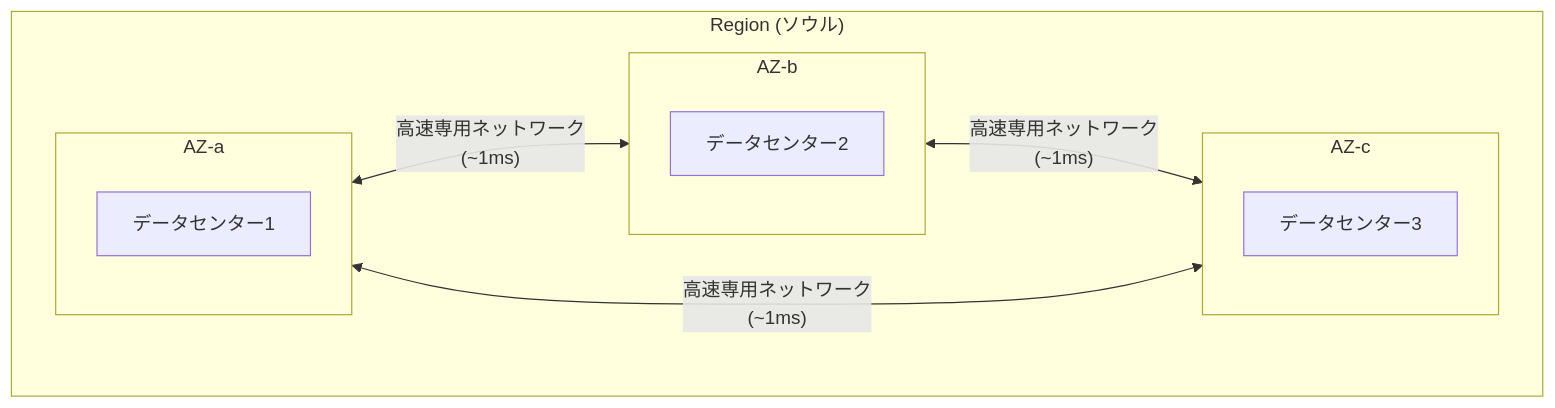
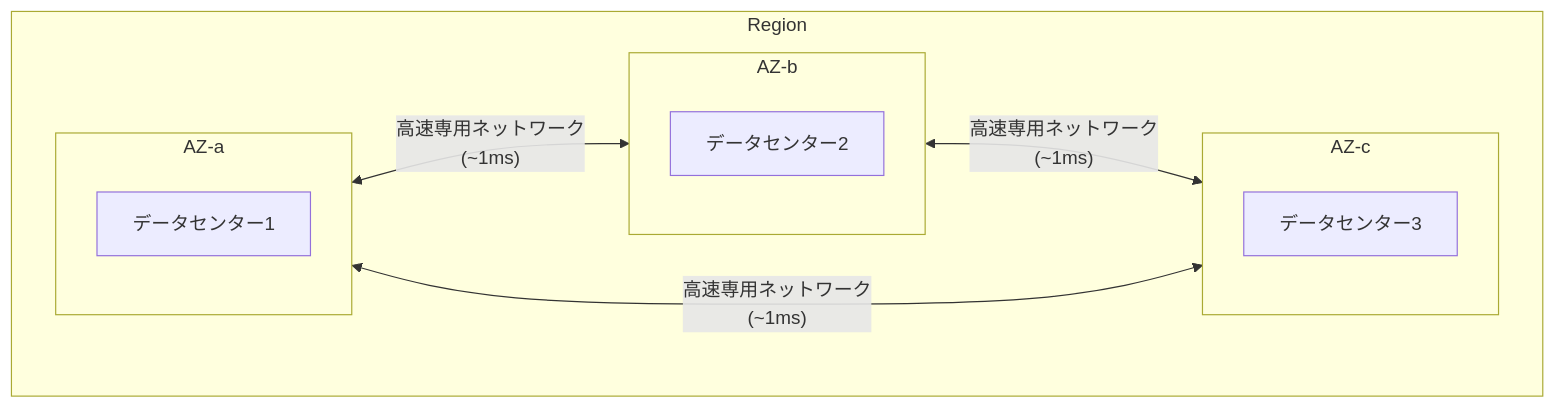
One commit to cloudpickr/cloudpick-docs changed the diagram in starlight/src/content/docs/ja/about-cloud/regions-and-zones.md. Above: the diagram before and after it, drawn with Mermaid. The commit also changed other lines of this file and 15 other files, not shown here.

````diff
--- a/starlight/src/content/docs/ja/about-cloud/regions-and-zones.md
+++ b/starlight/src/content/docs/ja/about-cloud/regions-and-zones.md
@@ -24,17 +24,17 @@
 ```mermaid
 graph TB
-    subgraph "Region (ソウル)"
+    subgraph "Region"
         subgraph "AZ-a"
             DC1[データセンター1]
         end
         subgraph "AZ-b"
             DC2[データセンター2]
         end
         subgraph "AZ-c"
             DC3[データセンター3]
         end
         AZ-a <-->|"高速専用ネットワーク<br/>(~1ms)"| AZ-b
         AZ-b <-->|"高速専用ネットワーク<br/>(~1ms)"| AZ-c
         AZ-a <-->|"高速専用ネットワーク<br/>(~1ms)"| AZ-c
     end
 ```
````
